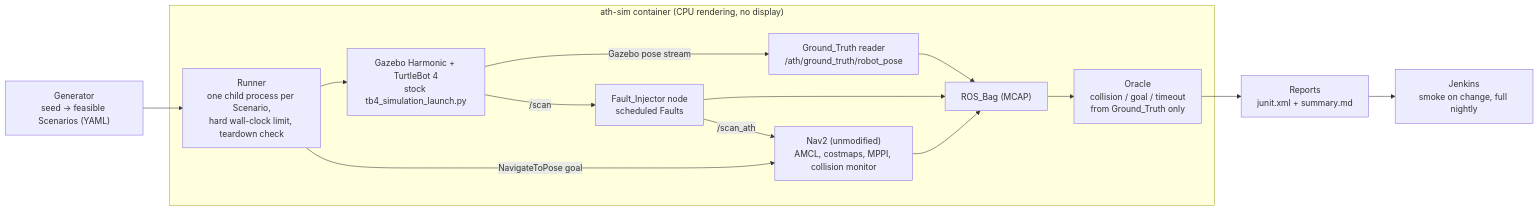
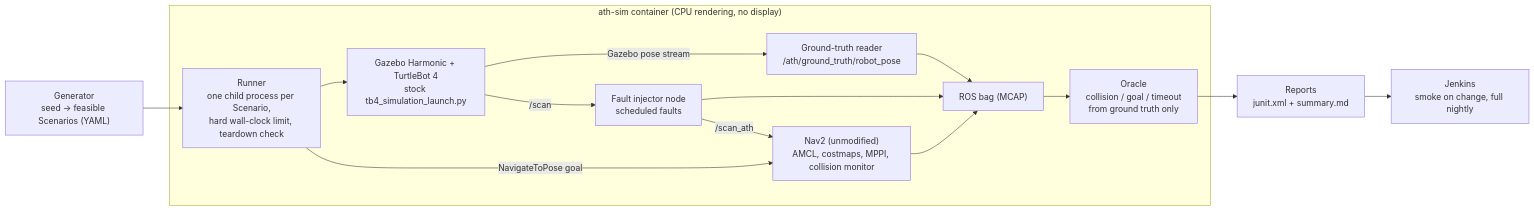
One commit to OctaviusLeo/Autonomy-Test-Harness changed the diagram in README.md. Above: the diagram before and after it, drawn with Mermaid. The commit also changed other lines of this file and 5 other files, not shown here.

````diff
--- a/README.md
+++ b/README.md
@@ -61,18 +67,18 @@
 ```mermaid
 flowchart LR
     GEN["Generator<br/>seed -> feasible Scenarios (YAML)"] --> RUN
     subgraph CTR["ath-sim container (CPU rendering, no display)"]
         RUN["Runner<br/>one child process per Scenario,<br/>hard wall-clock limit, teardown check"]
         RUN --> SIM["Gazebo Harmonic + TurtleBot 4<br/>stock tb4_simulation_launch.py"]
-        SIM -- "/scan" --> FI["Fault_Injector node<br/>scheduled Faults"]
+        SIM -- "/scan" --> FI["Fault injector node<br/>scheduled faults"]
         FI -- "/scan_ath" --> NAV["Nav2 (unmodified)<br/>AMCL, costmaps, MPPI, collision monitor"]
-        SIM -- "Gazebo pose stream" --> GT["Ground_Truth reader<br/>/ath/ground_truth/robot_pose"]
+        SIM -- "Gazebo pose stream" --> GT["Ground-truth reader<br/>/ath/ground_truth/robot_pose"]
         RUN -- "NavigateToPose goal" --> NAV
-        GT --> BAG["ROS_Bag (MCAP)"]
+        GT --> BAG["ROS bag (MCAP)"]
         FI --> BAG
         NAV --> BAG
-        BAG --> ORA["Oracle<br/>collision / goal / timeout<br/>from Ground_Truth only"]
+        BAG --> ORA["Oracle<br/>collision / goal / timeout<br/>from ground truth only"]
     end
     ORA --> REP["Reports<br/>junit.xml + summary.md"]
     REP --> CI["Jenkins<br/>smoke on change, full nightly"]
 ```
````
